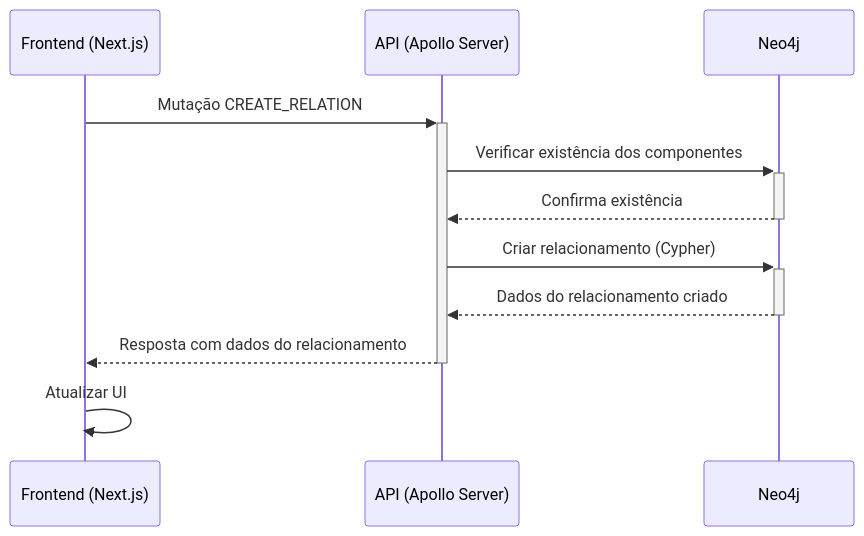
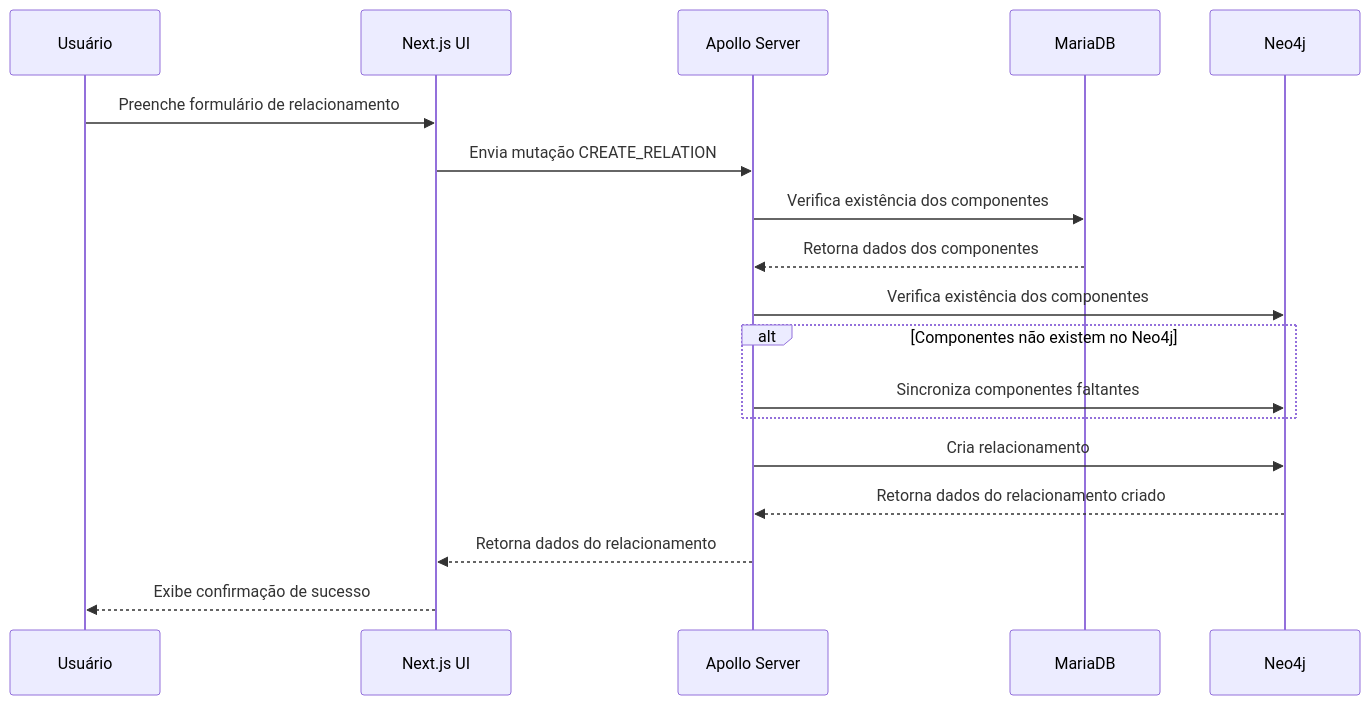
Before and after one commit to alecatuae/beaver: the diagram in docs/fluxo_criacao_relacionamento.md, drawn with Mermaid. The commit also changed other lines of this file and 8 other files, not shown here.

````diff
--- a/docs/fluxo_criacao_relacionamento.md
+++ b/docs/fluxo_criacao_relacionamento.md
@@ -7,14 +16,23 @@
 ```mermaid
 sequenceDiagram
-    participant UI as Frontend (Next.js)
-    participant API as API (Apollo Server)
-    participant Neo4j as Neo4j
+    participant User as Usuário
+    participant UI as Next.js UI
+    participant API as Apollo Server
+    participant MariaDB
+    participant Neo4j
+
+    User->>UI: Preenche formulário de relacionamento
+    UI->>API: Envia mutação CREATE_RELATION
+    API->>MariaDB: Verifica existência dos componentes
+    MariaDB-->>API: Retorna dados dos componentes
+    API->>Neo4j: Verifica existência dos componentes
     
-    UI->>+API: Mutação CREATE_RELATION
-    API->>+Neo4j: Verificar existência dos componentes
-    Neo4j-->>-API: Confirma existência
-    API->>+Neo4j: Criar relacionamento (Cypher)
-    Neo4j-->>-API: Dados do relacionamento criado
-    API-->>-UI: Resposta com dados do relacionamento
-    UI->>UI: Atualizar UI
+    alt Componentes não existem no Neo4j
+        API->>Neo4j: Sincroniza componentes faltantes
+    end
+    
+    API->>Neo4j: Cria relacionamento
+    Neo4j-->>API: Retorna dados do relacionamento criado
+    API-->>UI: Retorna dados do relacionamento
+    UI-->>User: Exibe confirmação de sucesso
 ```
````
